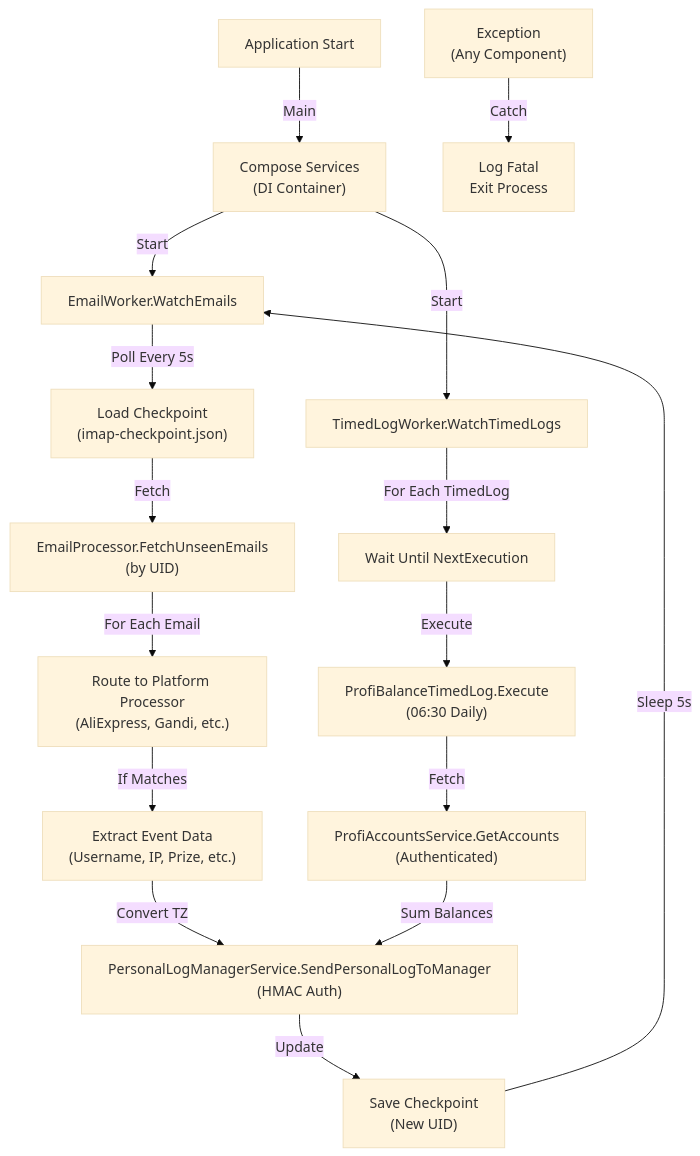
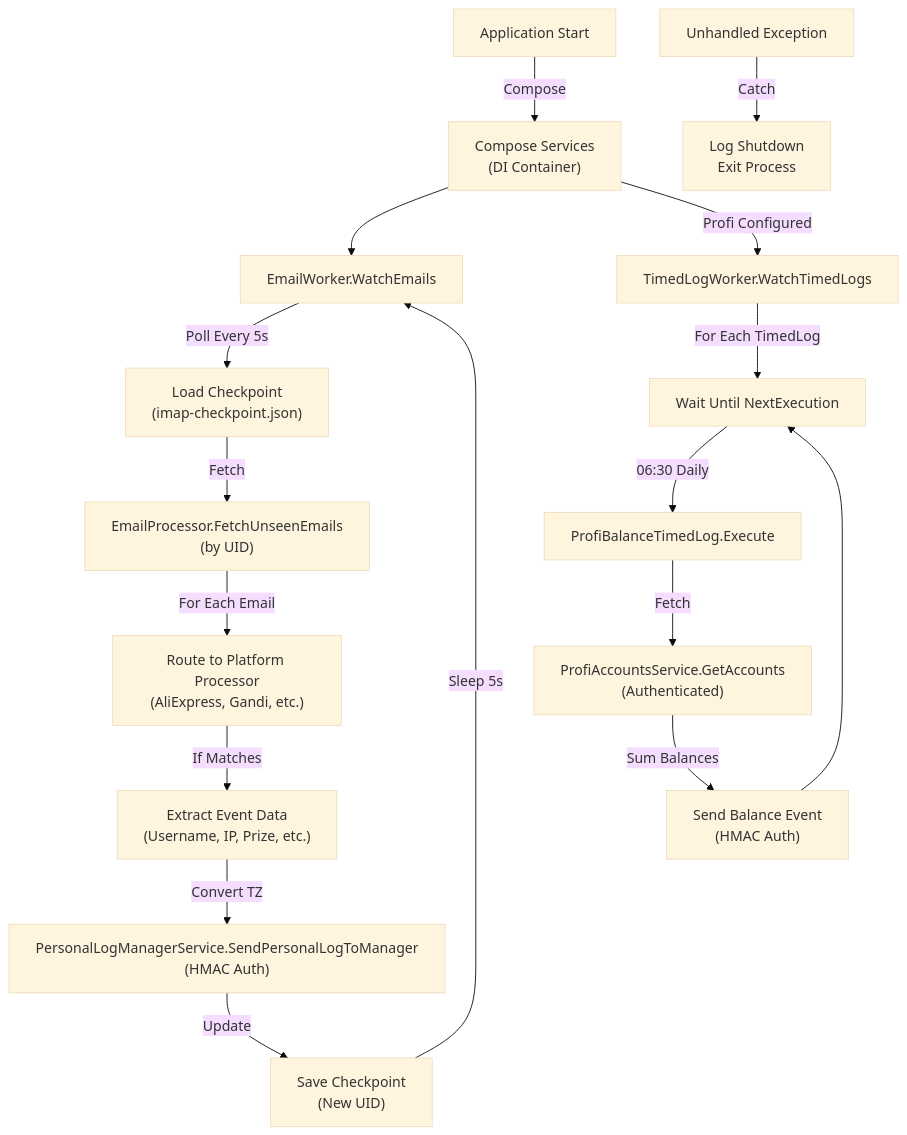
The third of 5 diagrams in ARCHITECTURE.md (hmlendea/personal-data-logger), drawn with Mermaid (base theme) before and after one commit. The commit also changed other lines of this file and 8 other files, not shown here.

````diff
--- a/ARCHITECTURE.md
+++ b/ARCHITECTURE.md
@@ -79,20 +82,21 @@
 ```mermaid
 graph TD
-    Start["Application Start"] -->|Main| Compose["Compose Services<br/>(DI Container)"]
-    Compose -->|Start| Email["EmailWorker.WatchEmails"]
-    Compose -->|Start| Timed["TimedLogWorker.WatchTimedLogs"]
+    Start["Application Start"] -->|Compose| Compose["Compose Services<br/>(DI Container)"]
+    Compose --> Email["EmailWorker.WatchEmails"]
+    Compose -->|Profi Configured| Timed["TimedLogWorker.WatchTimedLogs"]
     Email -->|Poll Every 5s| CheckCP["Load Checkpoint<br/>(imap-checkpoint.json)"]
     CheckCP -->|Fetch| IMAPFetch["EmailProcessor.FetchUnseenEmails<br/>(by UID)"]
     IMAPFetch -->|For Each Email| Extract["Route to Platform Processor<br/>(AliExpress, Gandi, etc.)"]
     Extract -->|If Matches| ParseEvent["Extract Event Data<br/>(Username, IP, Prize, etc.)"]
     ParseEvent -->|Convert TZ| SendAPI["PersonalLogManagerService.SendPersonalLogToManager<br/>(HMAC Auth)"]
     SendAPI -->|Update| SaveCP["Save Checkpoint<br/>(New UID)"]
     SaveCP -->|Sleep 5s| Email
-    
+
     Timed -->|For Each TimedLog| Wait["Wait Until NextExecution"]
-    Wait -->|Execute| ProfiLog["ProfiBalanceTimedLog.Execute<br/>(06:30 Daily)"]
+    Wait -->|06:30 Daily| ProfiLog["ProfiBalanceTimedLog.Execute"]
     ProfiLog -->|Fetch| ProfiAPI["ProfiAccountsService.GetAccounts<br/>(Authenticated)"]
-    ProfiAPI -->|Sum Balances| SendAPI
-    
-    Err["Exception<br/>(Any Component)"] -->|Catch| Shutdown["Log Fatal<br/>Exit Process"]
+    ProfiAPI -->|Sum Balances| SendBalance["Send Balance Event<br/>(HMAC Auth)"]
+    SendBalance --> Wait
+
+    Err["Unhandled Exception"] -->|Catch| Shutdown["Log Shutdown<br/>Exit Process"]
 ```
````
